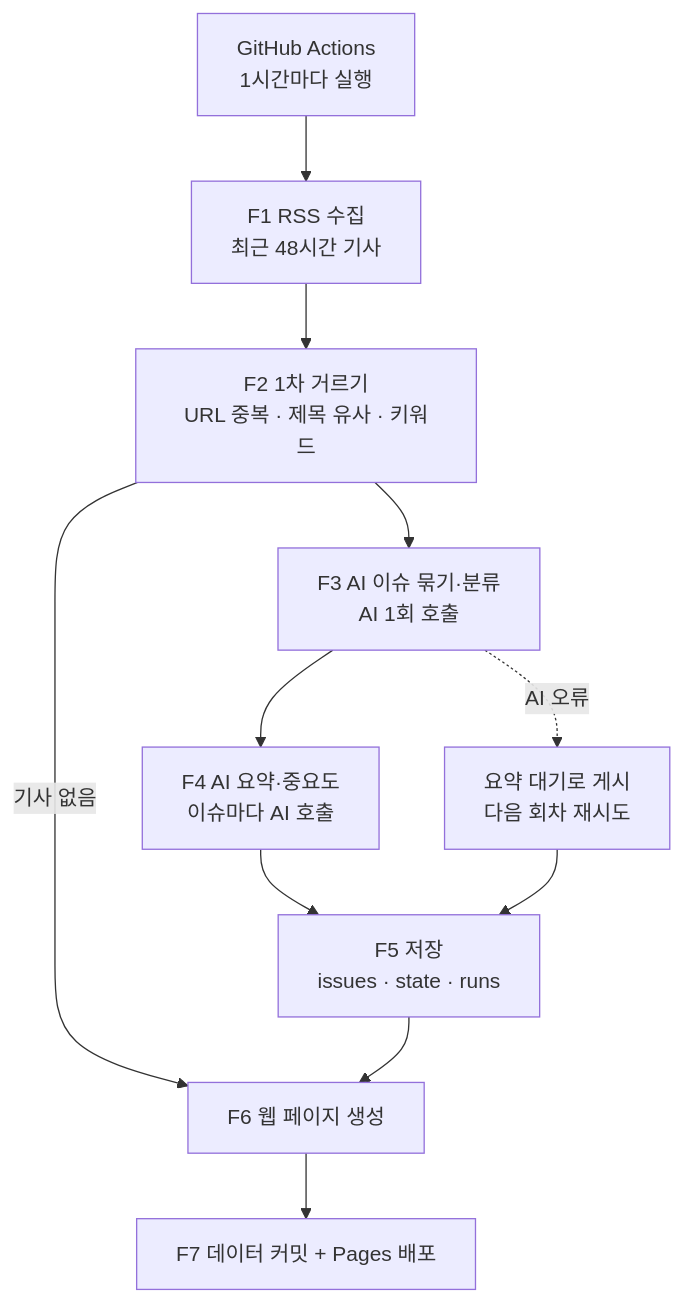
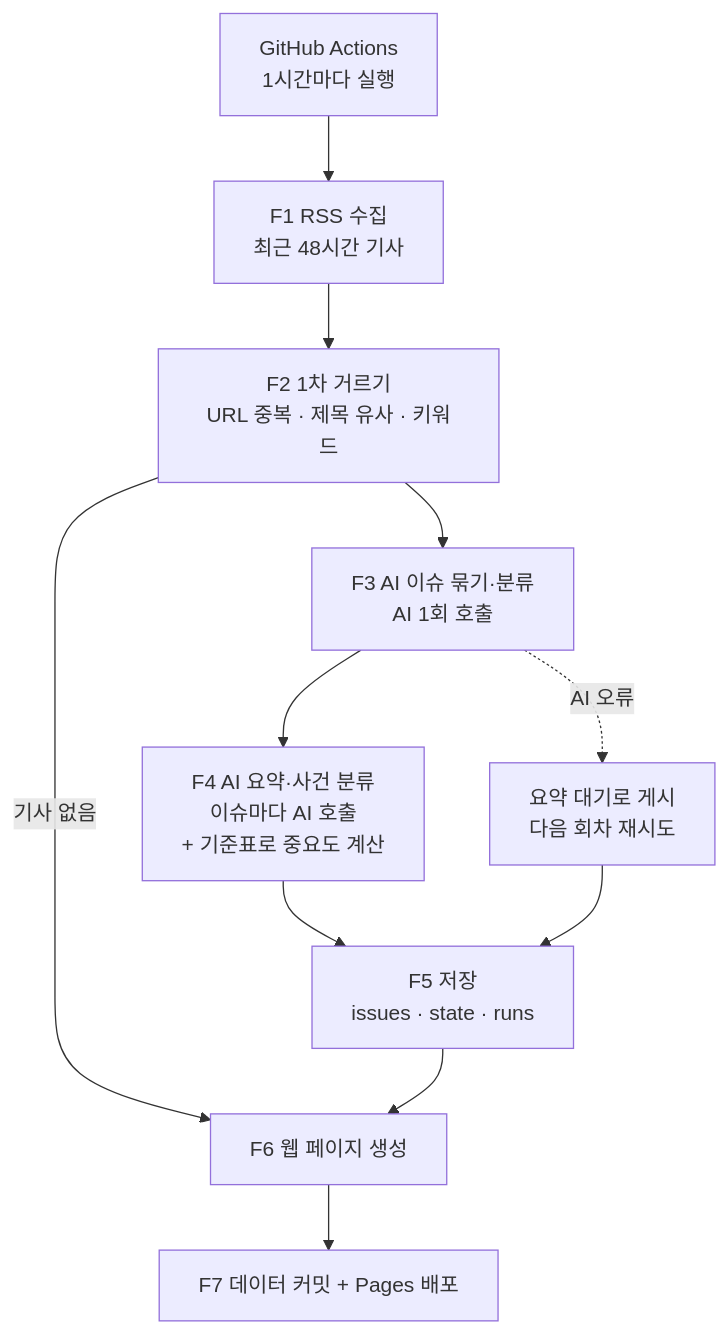
One commit to smyz1203/semicon-news-agent changed the diagram in docs/design.md. Above: the diagram before and after it, drawn with Mermaid. The commit also changed other lines of this file and 1 other file, not shown here.

First line of the commit message:
docs: 중요도 기준표 설명 추가

````diff
--- a/docs/design.md
+++ b/docs/design.md
@@ -26,13 +26,13 @@
 ```mermaid
 flowchart TD
     A[GitHub Actions<br/>1시간마다 실행] --> B[F1 RSS 수집<br/>최근 48시간 기사]
     B --> C[F2 1차 거르기<br/>URL 중복 · 제목 유사 · 키워드]
     C -->|기사 없음| H
     C --> D[F3 AI 이슈 묶기·분류<br/>AI 1회 호출]
-    D --> E[F4 AI 요약·중요도<br/>이슈마다 AI 호출]
+    D --> E[F4 AI 요약·사건 분류<br/>이슈마다 AI 호출<br/>+ 기준표로 중요도 계산]
     E --> F[F5 저장<br/>issues · state · runs]
     D -. AI 오류 .-> G[요약 대기로 게시<br/>다음 회차 재시도]
     G --> F
     F --> H[F6 웹 페이지 생성]
     H --> I[F7 데이터 커밋 + Pages 배포]
 ```
````
